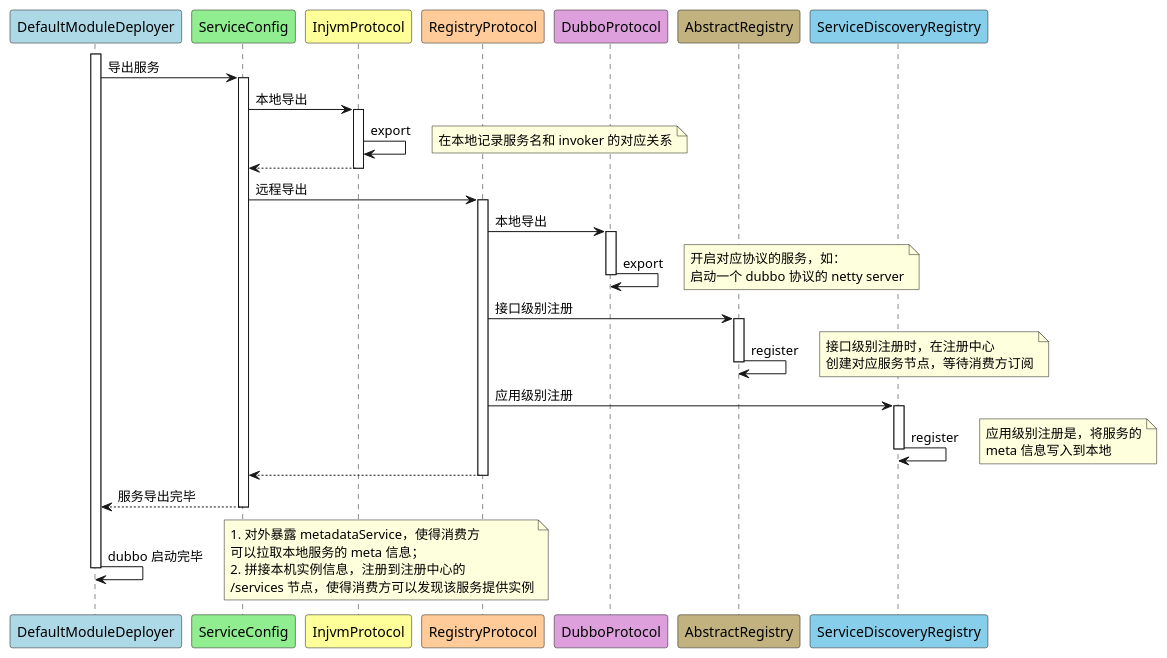
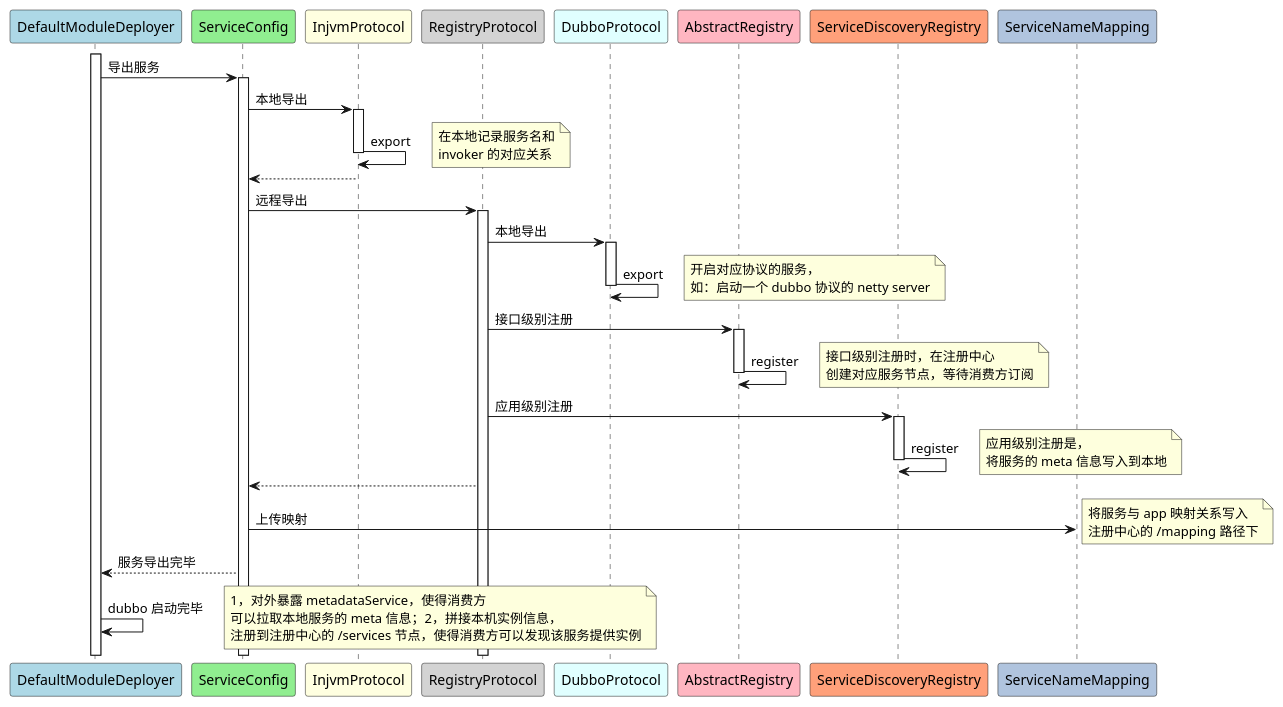
Before and after one commit to marmot-z/dubbo-learning: the diagram in assets/plantuml/dubbo-export.md, drawn with PlantUML. The commit also changed other lines of this file and 18 other files, not shown here.

````diff
--- a/assets/plantuml/dubbo-export.md
+++ b/assets/plantuml/dubbo-export.md
@@ -1,105 +1,66 @@
 ```plantuml
 @startuml
 
-' 定义参与者并设置颜色
-participant DefaultModuleDeployer  #ADD8E6
-participant ServiceConfig  #90EE90
-participant InjvmProtocol  #FFFF99
-participant RegistryProtocol  #FFCC99
-participant DubboProtocol  #DDA0DD
-participant AbstractRegistry  #C2B280
-participant ServiceDiscoveryRegistry  #87CEEB
+skinparam backgroundColor White
+skinparam sequenceParticipantBackgroundColor LightBlue
 
-' DefaultModuleDeployer 开始生命线
-activate DefaultModuleDeployer
-DefaultModuleDeployer -> ServiceConfig : 导出服务
+participant DefaultModuleDeployer as DMD #lightblue
+participant ServiceConfig as SC #lightgreen
+participant InjvmProtocol as IP #lightyellow
+participant RegistryProtocol as RP #lightgray
+participant DubboProtocol as DP #lightcyan
+participant AbstractRegistry as AR #lightpink
+participant ServiceDiscoveryRegistry as SDR #lightsalmon
+participant ServiceNameMapping as SNM #lightsteelblue
 
-' ServiceConfig 开始生命线
-activate ServiceConfig
-ServiceConfig -> InjvmProtocol : 本地导出
+activate DMD
+DMD -> SC : 导出服务
 
-' InjvmProtocol 自调用
-activate InjvmProtocol
-InjvmProtocol -> InjvmProtocol : export
+activate SC
+SC -> IP : 本地导出
 
-' 备注
-note right
-在本地记录服务名和 invoker 的对应关系
-end note
+activate IP
+IP -> IP : export
+note right: 在本地记录服务名和\ninvoker 的对应关系
 
-InjvmProtocol --> ServiceConfig
+deactivate IP
+SC <--- IP
 
-deactivate InjvmProtocol
+SC -> RP : 远程导出
 
-' ServiceConfig 远程导出
-ServiceConfig -> RegistryProtocol : 远程导出
+activate RP
+RP -> DP : 本地导出
 
-' RegistryProtocol 本地导出
-activate RegistryProtocol
-RegistryProtocol -> DubboProtocol : 本地导出
+activate DP
+DP -> DP : export
+note right: 开启对应协议的服务，\n如：启动一个 dubbo 协议的 netty server
 
-' DubboProtocol 自调用
-activate DubboProtocol
-DubboProtocol -> DubboProtocol : export
+deactivate DP
 
-' 备注
-note right
-开启对应协议的服务，如：
-启动一个 dubbo 协议的 netty server
-end note
+RP -> AR : 接口级别注册
 
-deactivate DubboProtocol
+activate AR
+AR -> AR : register
+note right: 接口级别注册时，在注册中心\n创建对应服务节点，等待消费方订阅
 
-' RegistryProtocol 进行接口级别注册
-RegistryProtocol -> AbstractRegistry : 接口级别注册
+deactivate AR
 
-' AbstractRegistry 自调用
-activate AbstractRegistry
-AbstractRegistry -> AbstractRegistry : register
+RP -> SDR : 应用级别注册
 
-' 备注
-note right
-接口级别注册时，在注册中心
-创建对应服务节点，等待消费方订阅
-end note
+activate SDR
+SDR -> SDR : register
+note right: 应用级别注册是，\n将服务的 meta 信息写入到本地
 
-deactivate AbstractRegistry
+deactivate SDR
 
-' RegistryProtocol 进行应用级别注册
-RegistryProtocol -> ServiceDiscoveryRegistry : 应用级别注册
+SC <--- RP
 
-' ServiceDiscoveryRegistry 自调用
-activate ServiceDiscoveryRegistry
-ServiceDiscoveryRegistry -> ServiceDiscoveryRegistry : register
+SC -> SNM : 上传映射
+note right: 将服务与 app 映射关系写入\n注册中心的 /mapping 路径下
+SC ---> DMD : 服务导出完毕
 
-' 备注
-note right
-应用级别注册是，将服务的
-meta 信息写入到本地
-end note
-
-deactivate ServiceDiscoveryRegistry
-
-RegistryProtocol --> ServiceConfig
-
-deactivate RegistryProtocol
-
-ServiceConfig --> DefaultModuleDeployer : 服务导出完毕
-
-deactivate ServiceConfig
-
-' DefaultModuleDeployer 完成启动
-DefaultModuleDeployer -> DefaultModuleDeployer : dubbo 启动完毕
-
-' 备注
-note right
-1. 对外暴露 metadataService，使得消费方
-可以拉取本地服务的 meta 信息；
-2. 拼接本机实例信息，注册到注册中心的
-/services 节点，使得消费方可以发现该服务提供实例
-end note
-
-deactivate DefaultModuleDeployer
+DMD -> DMD : dubbo 启动完毕
+note right: 1，对外暴露 metadataService，使得消费方\n可以拉取本地服务的 meta 信息；2，拼接本机实例信息，\n注册到注册中心的 /services 节点，使得消费方可以发现该服务提供实例
 
 @enduml
 ```
````
